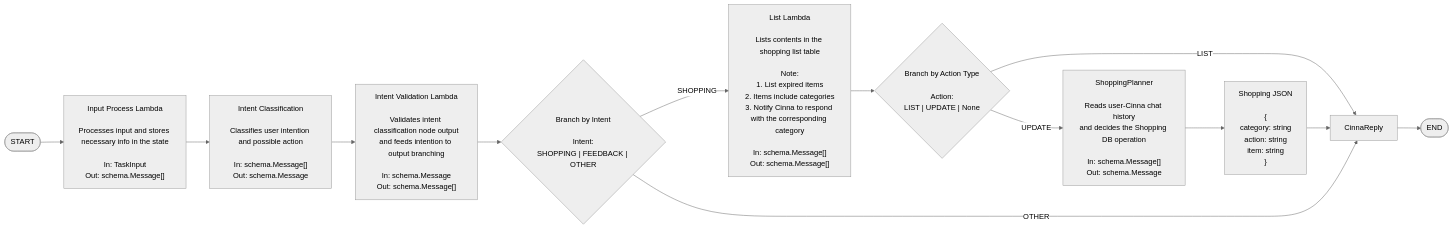
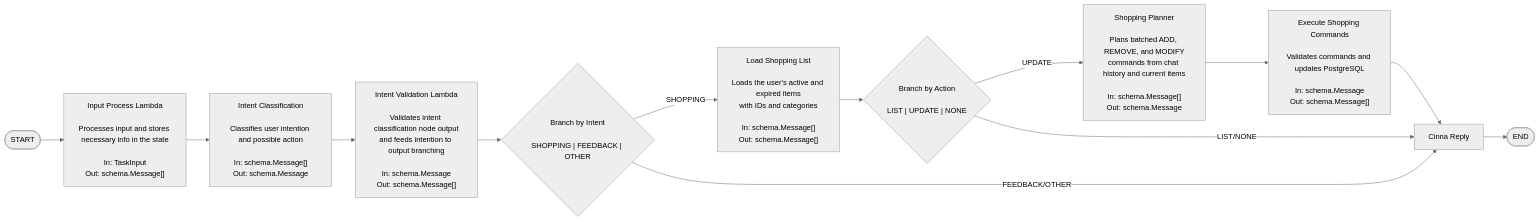
Before and after one commit to akane9506/cinna: the diagram in README.md, drawn with Mermaid (neutral theme). The commit also changed other lines of this file, not shown here.

Commit message:
docs: align README with shopping workflow

````diff
--- a/README.md
+++ b/README.md
@@ -9,26 +18,24 @@
 ```mermaid
 flowchart LR
     Start([START]) --> InputProcessLambda["Input Process Lambda<br/><br/>Processes input and stores necessary info in the state<br/><br/>In: TaskInput<br/>Out: schema.Message[]"]
 
     InputProcessLambda --> IntentClassifier["Intent Classification<br/><br/>Classifies user intention and possible action<br/><br/>In: schema.Message[]<br/>Out: schema.Message"]
 
     IntentClassifier --> IntentLambda["Intent Validation Lambda<br/><br/>Validates intent classification node output<br/>and feeds intention to output branching<br/><br/>In: schema.Message<br/>Out: schema.Message[]"]
 
-    IntentLambda --> IntentRouter{"Branch by Intent<br/><br/>Intent:<br/>SHOPPING | FEEDBACK | OTHER"}
+    IntentLambda --> IntentRouter{"Branch by Intent<br/><br/>SHOPPING | FEEDBACK | OTHER"}
 
-    IntentRouter -- SHOPPING --> ListLambda["List Lambda<br/><br/>Lists contents in the shopping list table<br/><br/>Note:<br/>1. List expired items<br/>2. Items include categories<br/>3. Notify Cinna to respond with the corresponding category<br/><br/>In: schema.Message[]<br/>Out: schema.Message[]"]
+    IntentRouter -- SHOPPING --> ListLambda["Load Shopping List<br/><br/>Loads the user's active and expired items<br/>with IDs and categories<br/><br/>In: schema.Message[]<br/>Out: schema.Message[]"]
 
-    ListLambda --> ActionRouter{"Branch by Action Type<br/><br/>Action:<br/>LIST | UPDATE | None"}
+    ListLambda --> ActionRouter{"Branch by Action<br/><br/>LIST | UPDATE | NONE"}
 
-    ActionRouter -- UPDATE --> ShoppingPlanner["ShoppingPlanner<br/><br/>Reads user-Cinna chat history<br/>and decides the Shopping DB operation<br/><br/>In: schema.Message[]<br/>Out: schema.Message"]
+    ActionRouter -- UPDATE --> ShoppingPlanner["Shopping Planner<br/><br/>Plans batched ADD, REMOVE, and MODIFY<br/>commands from chat history and current items<br/><br/>In: schema.Message[]<br/>Out: schema.Message"]
 
-    ActionRouter -- LIST --> CinnaReply["CinnaReply"]
+    ShoppingPlanner --> ShoppingExecutor["Execute Shopping Commands<br/><br/>Validates commands and updates PostgreSQL<br/><br/>In: schema.Message<br/>Out: schema.Message[]"]
 
-    ShoppingPlanner --> ShoppingOutput["Shopping JSON<br/><br/>{<br/>category: string<br/>action: string<br/>item: string<br/>}"]
-
-    ShoppingOutput --> CinnaReply
-
-    IntentRouter -- OTHER --> CinnaReply
+    ShoppingExecutor --> CinnaReply["Cinna Reply"]
+    ActionRouter -- LIST/NONE --> CinnaReply
+    IntentRouter -- FEEDBACK/OTHER --> CinnaReply
 
     CinnaReply --> End([END])
 ```
````
